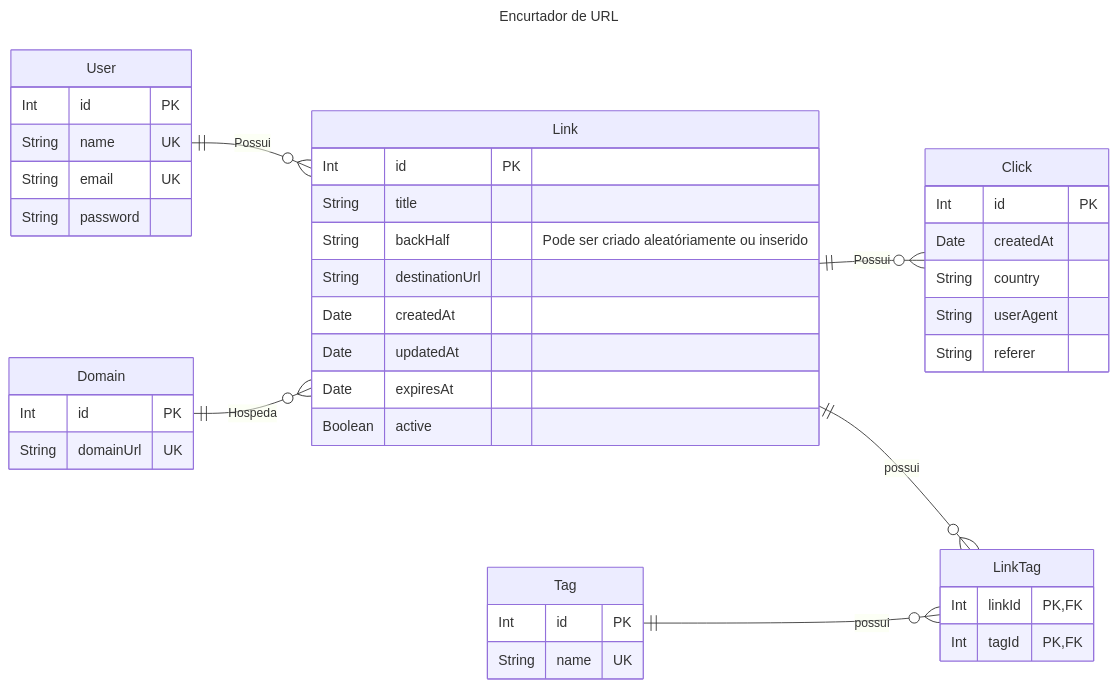
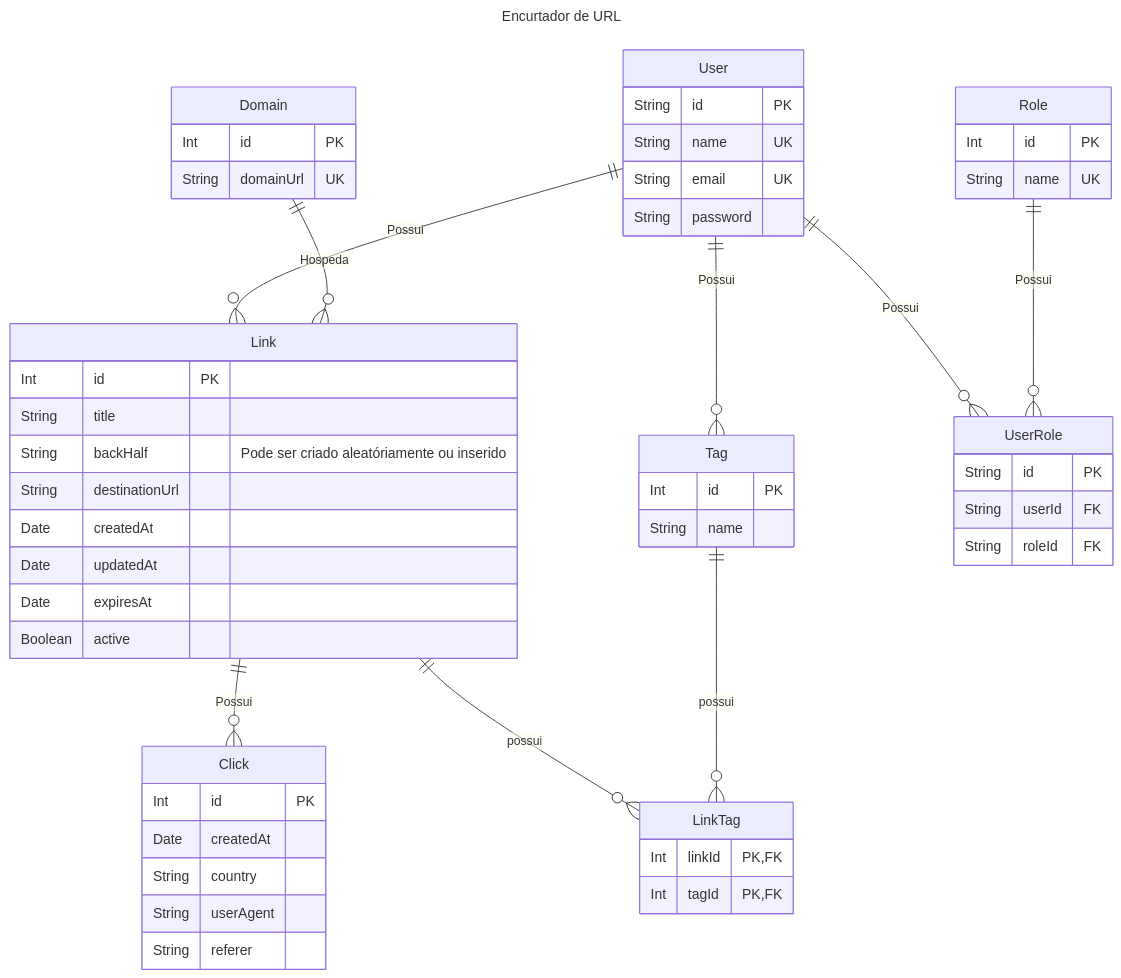
One commit to WillianSilva51/Linkr changed the diagram in linkr-api/README.md. Above: the diagram before and after it, drawn with Mermaid. The commit also changed other lines of this file and 6 other files, not shown here.

First line of the commit message:
Add core database entities, relationships, and schema refinements (#1)

````diff
--- a/linkr-api/README.md
+++ b/linkr-api/README.md
@@ -1,56 +3,71 @@
 ```mermaid
 ---
 title: Encurtador de URL
 ---
 
 erDiagram
-    direction LR
+    direction TB
 
     User ||--o{ Link: Possui
     Domain ||--o{ Link: Hospeda
     Link ||--o{ Click: Possui
     Link ||--o{ LinkTag: possui
     Tag ||--o{ LinkTag: possui
+    User ||--o{ UserRole: Possui
+    Role ||--o{ UserRole: Possui
+    User ||--o{ Tag: Possui
 
     User {
-        Int id PK
+        String id PK
         String name UK
         String email UK
         String password
+    }
+
+    Role {
+        Int id PK
+        String name UK
+    }
+
+    UserRole {
+        String id PK
+        String userId FK
+        String roleId FK
     }
 
     Link {
         Int id PK
         String title
         String backHalf "Pode ser criado aleatóriamente ou inserido"
         String destinationUrl
         Date createdAt
         Date updatedAt
         Date expiresAt
         Boolean active
     }
 %% Constraint: UNIQUE(domainId, backHalf)
 
     Domain {
         Int id PK
         String domainUrl UK
     }
 
     Tag {
         Int id PK
-        String name UK
+        String name
     }
+    %% Constraint: UNIQUE(userId, name)
 
     LinkTag {
         Int linkId PK, FK
         Int tagId PK, FK
     }
 
     Click {
         Int id PK
         Date createdAt
         String country
         String userAgent
         String referer
     }
 ```
````
